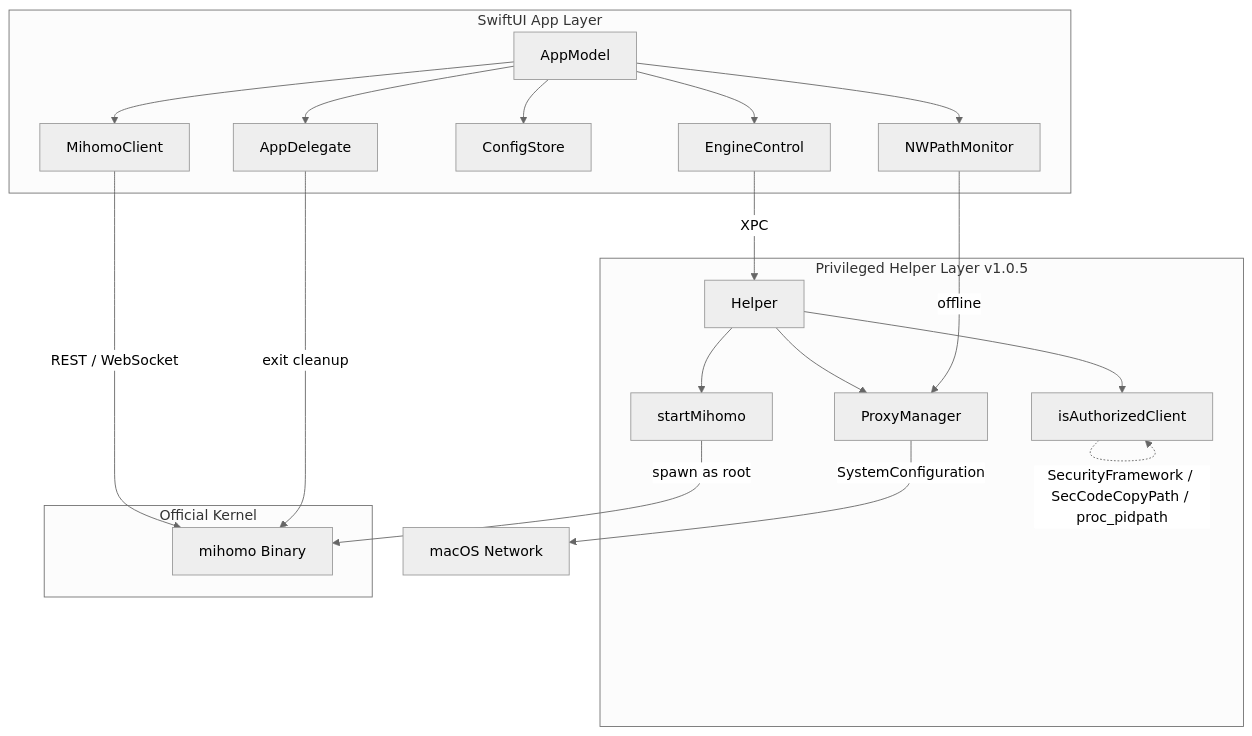
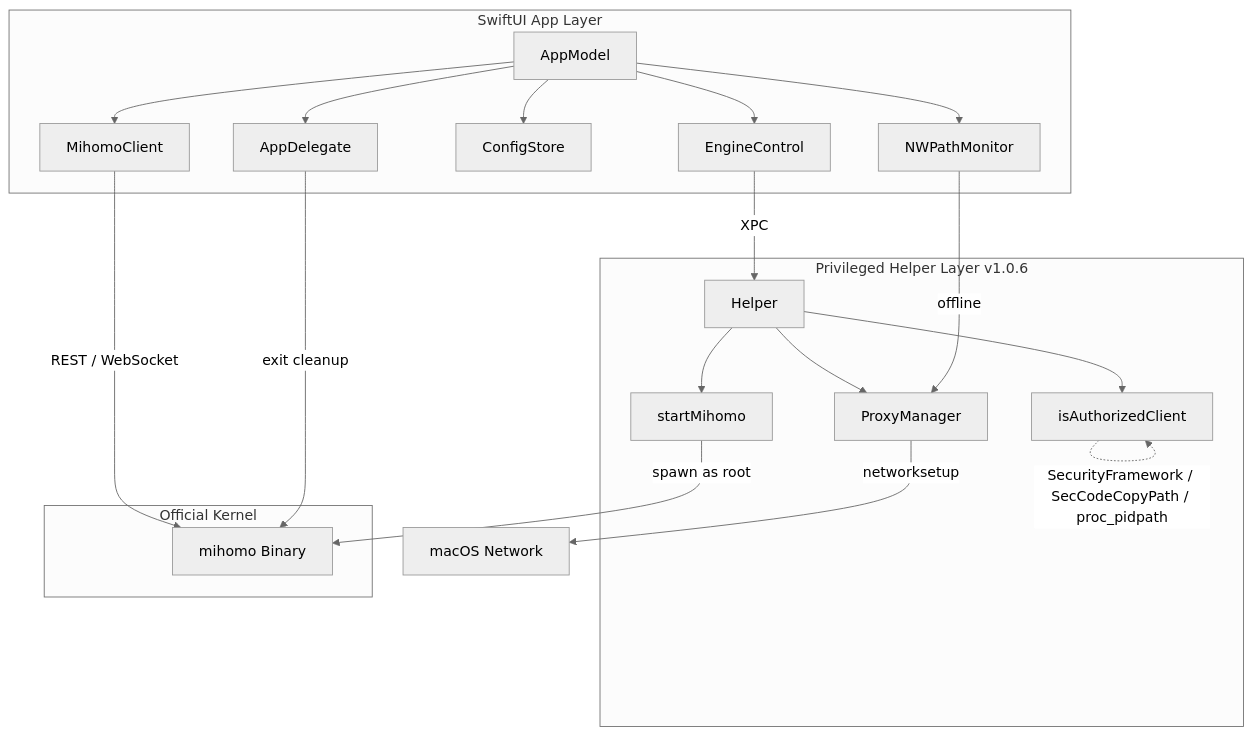
One commit to framecy/ClashHalo changed the diagram in ARCHITECTURE.md. Above: the diagram before and after it, drawn with Mermaid (neutral theme). The commit also changed other lines of this file and 2 other files, not shown here.

Commit message:
docs: 同步 v0.4.5 / helper 1.0.6 与设计系统到文档
- README:版本 0.4.4→0.4.5,Helper 1.0.5→1.0.6,系统代理改 networksetup 说明。
- ARCHITECTURE:Helper 层 v1.0.6,ProxyManager 落地方式 SystemConfiguration→networksetup。
- CHANGELOG:0.4.5 新增「Design System(第3–5批)」章节,记录 DesignTokens 全量迁移、
  字号/图标归一、网络页布局修复。
- 使用说明.txt(make.sh 内嵌)版本无关,内容仍准确,无需改动。

````diff
--- a/ARCHITECTURE.md
+++ b/ARCHITECTURE.md
@@ -7,28 +7,28 @@
 ```mermaid
 graph TD
     subgraph GUI [SwiftUI App Layer]
         A[AppModel] --> B[MihomoClient]
         A --> C[EngineControl]
         A --> D[ConfigStore]
         A --> N[NWPathMonitor]
         A --> AD[AppDelegate]
     end
 
-    subgraph XPC [Privileged Helper Layer v1.0.5]
+    subgraph XPC [Privileged Helper Layer v1.0.6]
         E[Helper] --> F[ProxyManager]
         E --> G[startMihomo]
         E --> AU[isAuthorizedClient]
     end
 
     subgraph Kernel [Official Kernel]
         H[mihomo Binary]
     end
 
     B -- REST / WebSocket --> H
     C -- XPC --> E
     G -- spawn as root --> H
-    F -- SystemConfiguration --> System[macOS Network]
+    F -- networksetup --> System[macOS Network]
     N -- offline --> F
     AD -- exit cleanup --> H
     AU -. SecurityFramework / SecCodeCopyPath / proc_pidpath .-> AU
 ```
````
